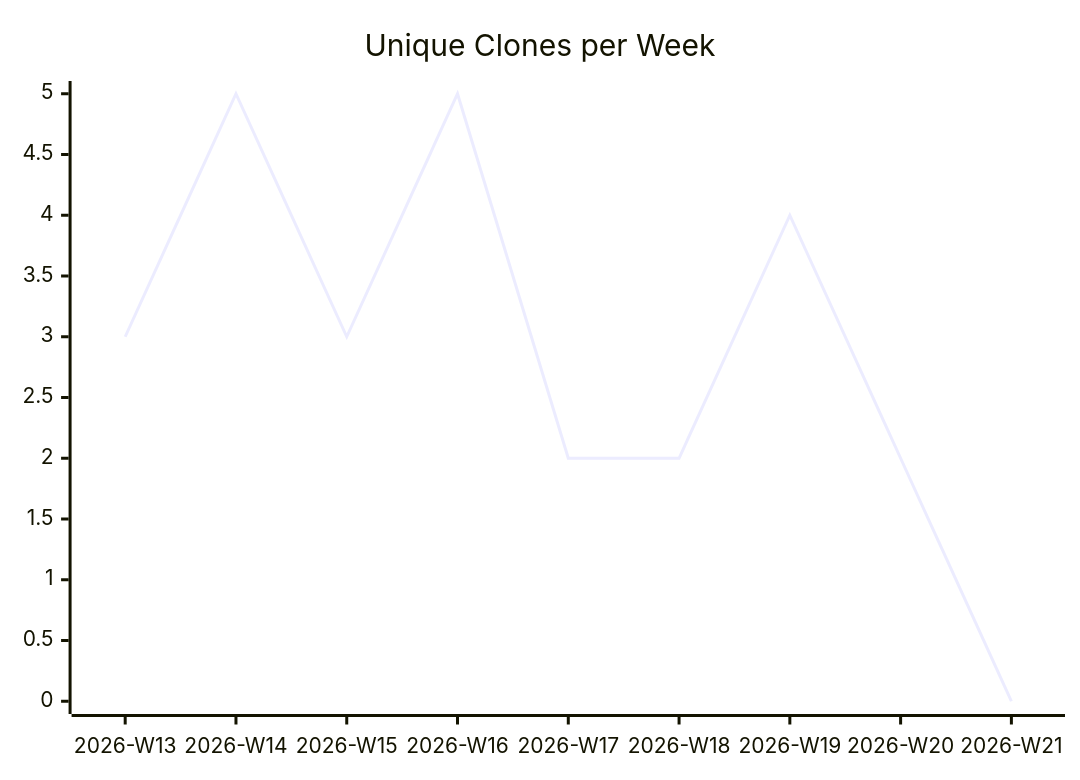
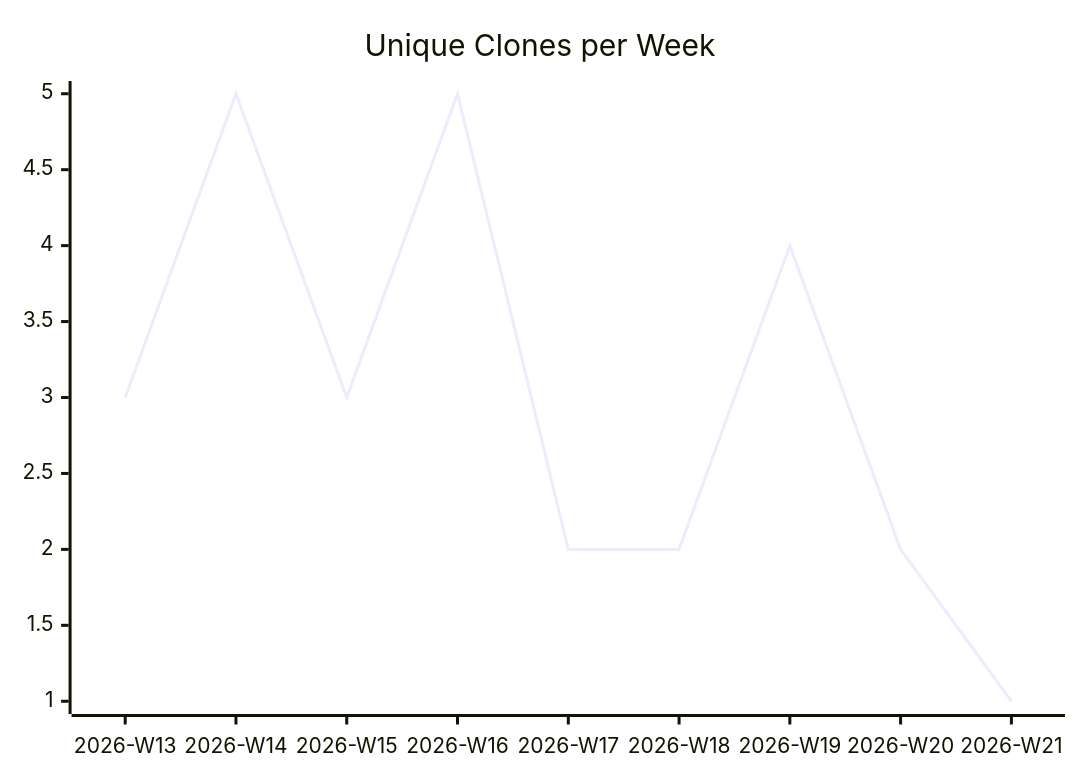
One commit to justdavis-family/github-analytics-data changed the third of 3 diagrams in karlmdavis/ansible-role-bind-dns/README.md. Above: the diagram before and after it, drawn with Mermaid. The commit also changed other lines of this file and 187 other files, not shown here.

````diff
--- a/karlmdavis/ansible-role-bind-dns/README.md
+++ b/karlmdavis/ansible-role-bind-dns/README.md
@@ -19,6 +19,6 @@
 ```mermaid
 xychart-beta
   title "Unique Clones per Week"
   x-axis ["2026-W13", "2026-W14", "2026-W15", "2026-W16", "2026-W17", "2026-W18", "2026-W19", "2026-W20", "2026-W21"]
-  line [3, 5, 3, 5, 2, 2, 4, 2, 0]
+  line [3, 5, 3, 5, 2, 2, 4, 2, 1]
 ```
````
